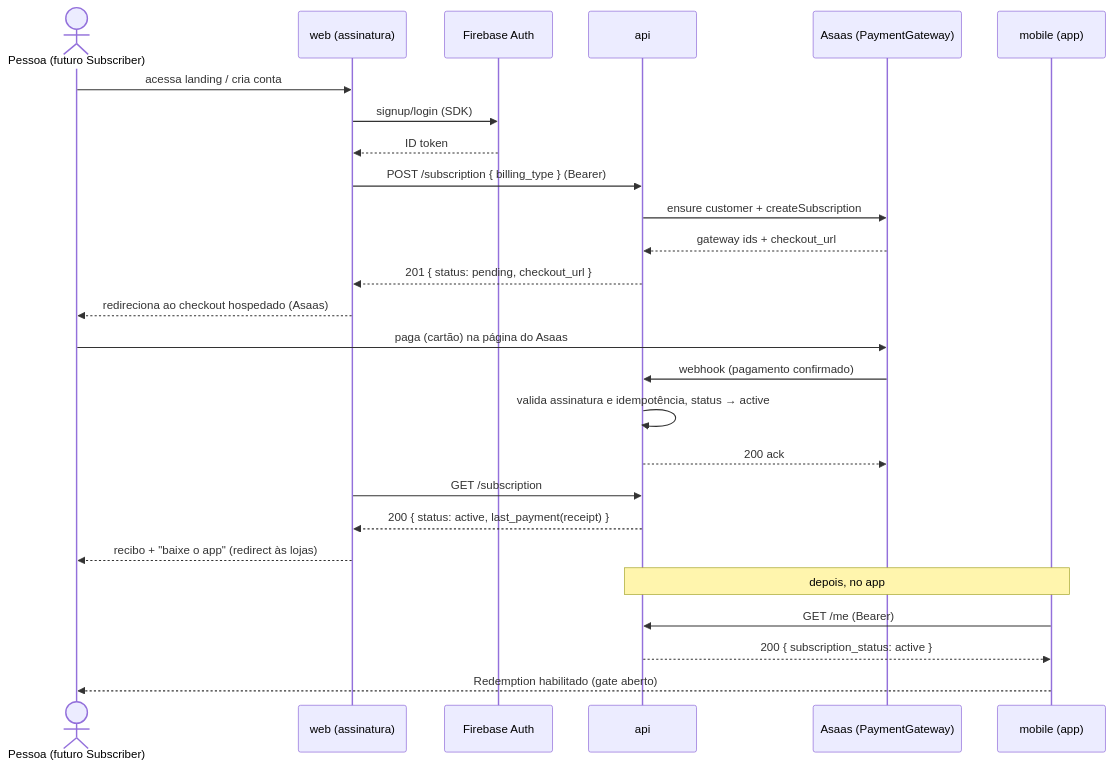
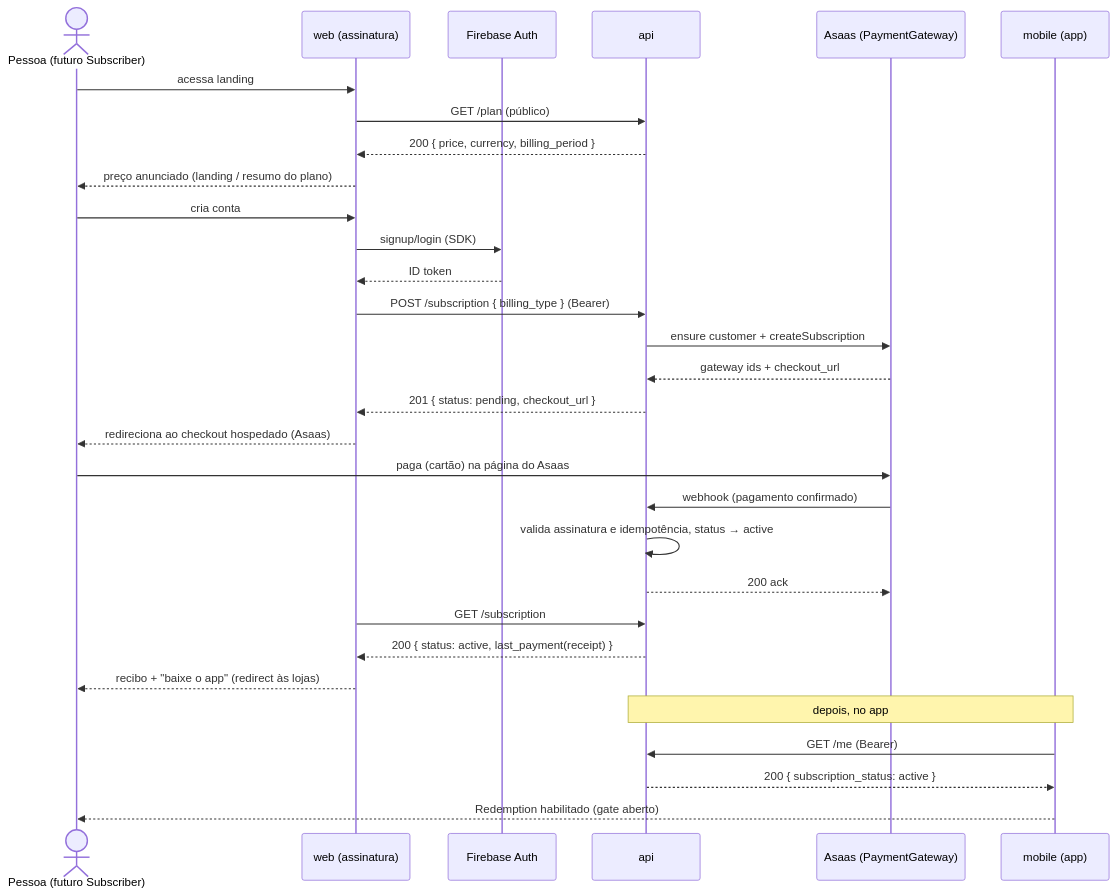
One commit to silvioubaldino/ag-benefits-context changed the diagram in design/AYD-003-billing-subscription.md. Above: the diagram before and after it, drawn with Mermaid. The commit also changed other lines of this file and 2 other files, not shown here.

First line of the commit message:
AYD-003: Add GET /plan contract and clarify web/api price ownership (#17)

````diff
--- a/design/AYD-003-billing-subscription.md
+++ b/design/AYD-003-billing-subscription.md
@@ -148,30 +172,34 @@
 ```mermaid
 sequenceDiagram
     actor U as Pessoa (futuro Subscriber)
     participant W as web (assinatura)
     participant F as Firebase Auth
     participant A as api
     participant G as Asaas (PaymentGateway)
     participant M as mobile (app)
 
-    U->>W: acessa landing / cria conta
+    U->>W: acessa landing
+    W->>A: GET /plan (público)
+    A-->>W: 200 { price, currency, billing_period }
+    W-->>U: preço anunciado (landing / resumo do plano)
+    U->>W: cria conta
     W->>F: signup/login (SDK)
     F-->>W: ID token
     W->>A: POST /subscription { billing_type } (Bearer)
     A->>G: ensure customer + createSubscription
     G-->>A: gateway ids + checkout_url
     A-->>W: 201 { status: pending, checkout_url }
     W-->>U: redireciona ao checkout hospedado (Asaas)
     U->>G: paga (cartão) na página do Asaas
     G->>A: webhook (pagamento confirmado)
     A->>A: valida assinatura e idempotência, status → active
     A-->>G: 200 ack
     W->>A: GET /subscription
     A-->>W: 200 { status: active, last_payment(receipt) }
     W-->>U: recibo + "baixe o app" (redirect às lojas)
 
     Note over M,A: depois, no app
     M->>A: GET /me (Bearer)
     A-->>M: 200 { subscription_status: active }
     M-->>U: Redemption habilitado (gate aberto)
 ```
````
